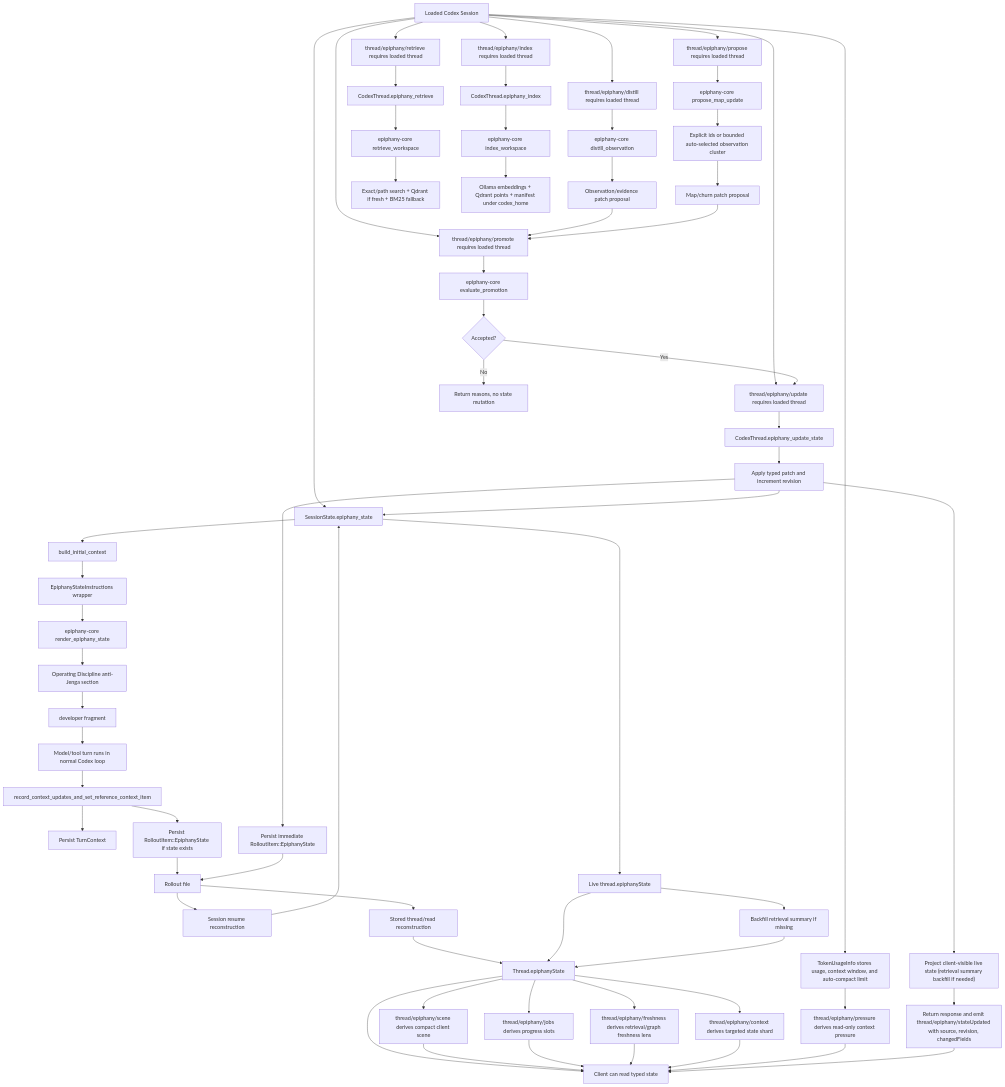
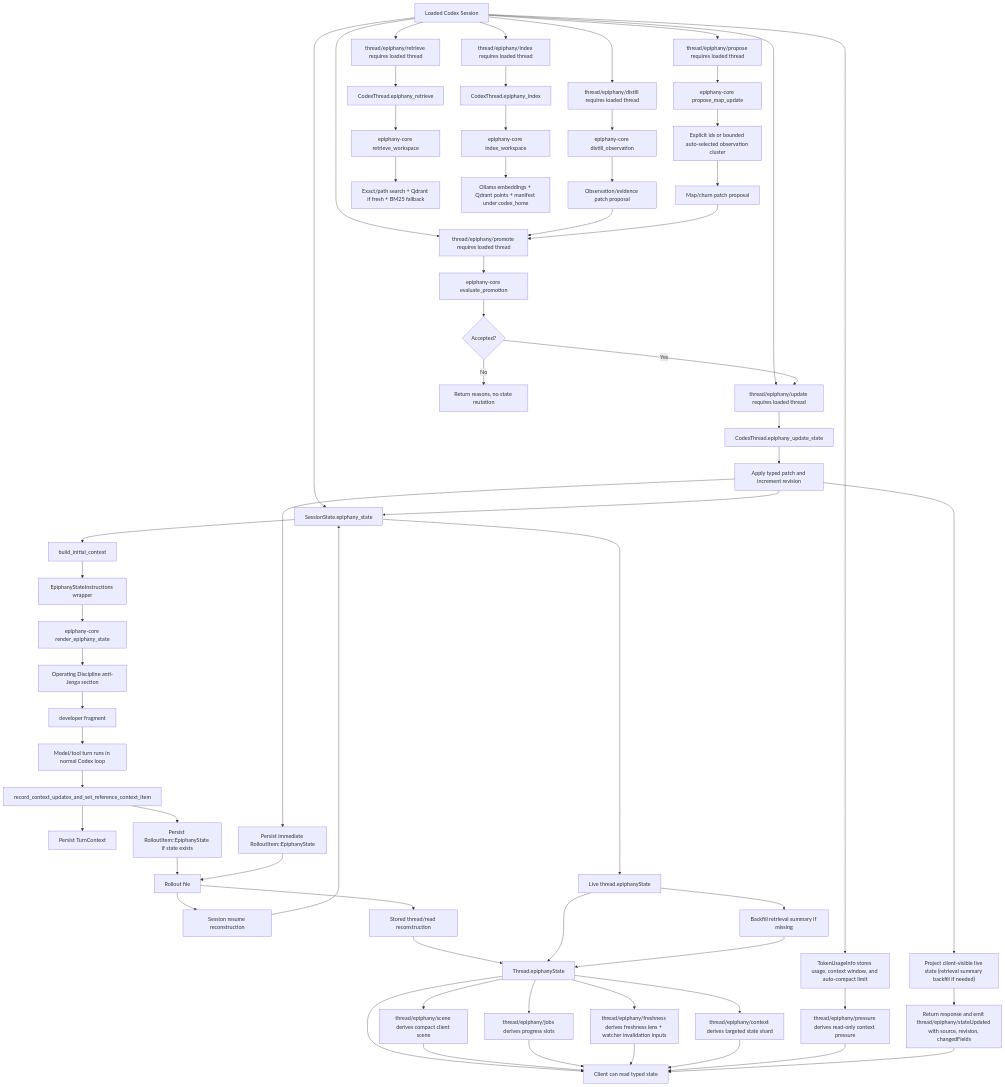
One commit to GameCult/Epiphany changed the diagram in notes/epiphany-current-algorithmic-map.md. Above: the diagram before and after it, drawn with Mermaid. The commit also changed other lines of this file and 44 other files, not shown here.

Commit message:
Add Epiphany watcher invalidation inputs

````diff
--- a/notes/epiphany-current-algorithmic-map.md
+++ b/notes/epiphany-current-algorithmic-map.md
@@ -43,65 +43,65 @@
 ```mermaid
 flowchart TD
     A["Loaded Codex Session"] --> B["SessionState.epiphany_state"]
     B --> C["build_initial_context"]
     C --> D["EpiphanyStateInstructions wrapper"]
     D --> E["epiphany-core render_epiphany_state"]
     E --> EA["Operating Discipline anti-Jenga section"]
     EA --> F["<epiphany_state> developer fragment"]
     F --> G["Model/tool turn runs in normal Codex loop"]
     G --> H["record_context_updates_and_set_reference_context_item"]
     H --> I["Persist TurnContext"]
     H --> J["Persist RolloutItem::EpiphanyState if state exists"]
     J --> K["Rollout file"]
     K --> L["Session resume reconstruction"]
     L --> B
     K --> M["Stored thread/read reconstruction"]
     M --> N["Thread.epiphanyState"]
     B --> O["Live thread.epiphanyState"]
     O --> N
     O --> P["Backfill retrieval summary if missing"]
     P --> N
     N --> Q["Client can read typed state"]
     N --> QS["thread/epiphany/scene derives compact client scene"]
     QS --> Q
     N --> QJ["thread/epiphany/jobs derives progress slots"]
     QJ --> Q
-    N --> QF["thread/epiphany/freshness derives retrieval/graph freshness lens"]
+    N --> QF["thread/epiphany/freshness derives freshness lens + watcher invalidation inputs"]
     QF --> Q
     N --> QC["thread/epiphany/context derives targeted state shard"]
     QC --> Q
     A --> QP["TokenUsageInfo stores usage, context window, and auto-compact limit"]
     QP --> QQ["thread/epiphany/pressure derives read-only context pressure"]
     QQ --> Q
     A --> R["thread/epiphany/retrieve requires loaded thread"]
     A --> S["thread/epiphany/index requires loaded thread"]
     A --> AA["thread/epiphany/distill requires loaded thread"]
     A --> AH["thread/epiphany/propose requires loaded thread"]
     A --> AD["thread/epiphany/promote requires loaded thread"]
     A --> Z["thread/epiphany/update requires loaded thread"]
     AA --> AB["epiphany-core distill_observation"]
     AB --> AC["Observation/evidence patch proposal"]
     AC --> AD
     AH --> AI["epiphany-core propose_map_update"]
     AI --> AIA["Explicit ids or bounded auto-selected observation cluster"]
     AIA --> AJ["Map/churn patch proposal"]
     AJ --> AD
     AD --> AE["epiphany-core evaluate_promotion"]
     AE --> AF{"Accepted?"}
     AF -->|"No"| AG["Return reasons, no state mutation"]
     AF -->|"Yes"| Z
     R --> T["CodexThread.epiphany_retrieve"]
     S --> U["CodexThread.epiphany_index"]
     Z --> ZA["CodexThread.epiphany_update_state"]
     ZA --> ZB["Apply typed patch and increment revision"]
     ZB --> B
     ZB --> ZC["Persist immediate RolloutItem::EpiphanyState"]
     ZB --> ZD["Project client-visible live state (retrieval summary backfill if needed)"]
     ZD --> ZE["Return response and emit thread/epiphany/stateUpdated with source, revision, changedFields"]
     ZE --> Q
     ZC --> K
     T --> V["epiphany-core retrieve_workspace"]
     U --> W["epiphany-core index_workspace"]
     V --> X["Exact/path search + Qdrant if fresh + BM25 fallback"]
     W --> Y["Ollama embeddings + Qdrant points + manifest under codex_home"]
 ```
````
